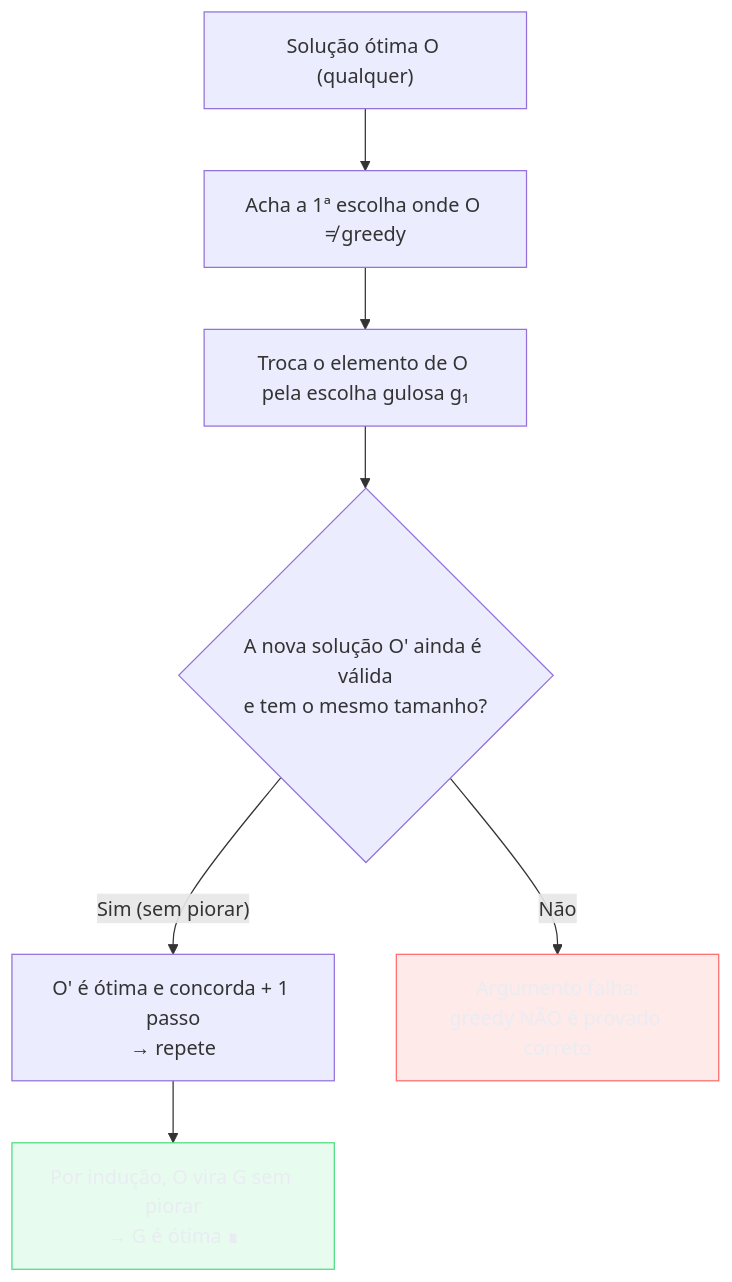
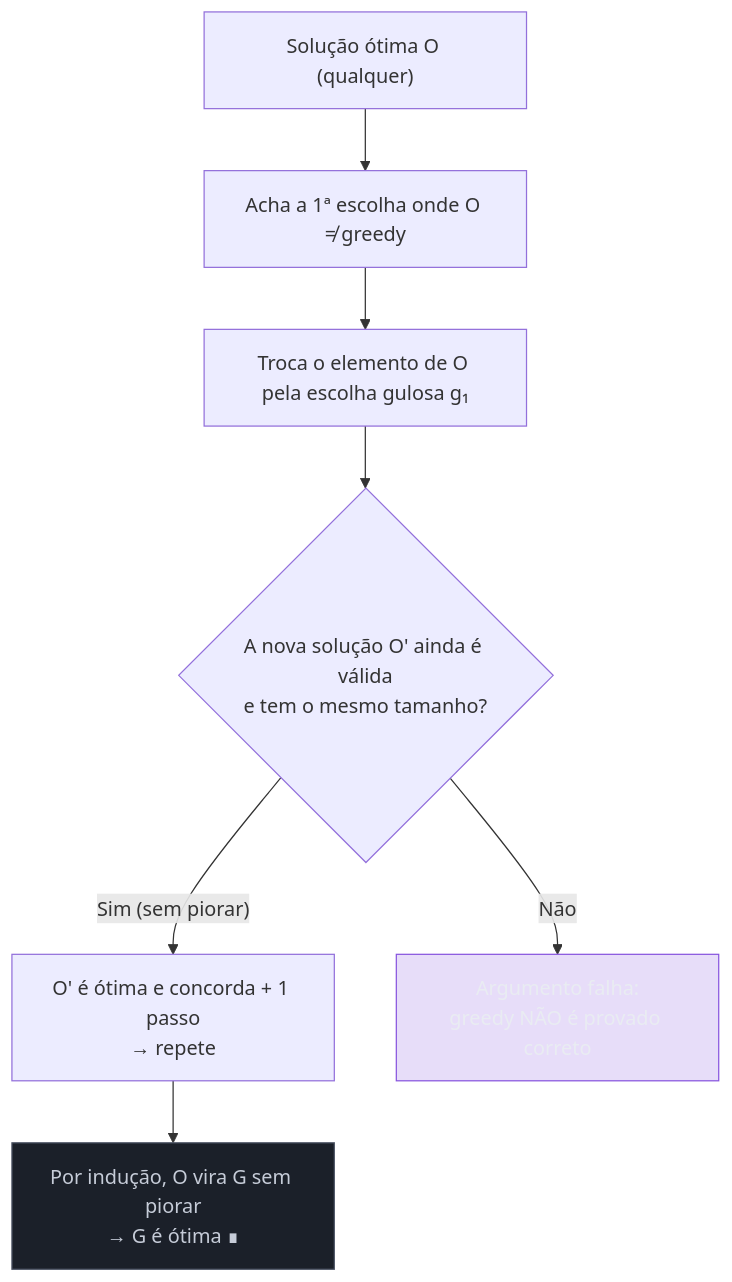
The third of 6 diagrams in 03-Dominios/Ciência/Algoritmos/11 - Greedy.md (josenaldo/codex-technomanticus), drawn with Mermaid before and after one commit. The commit also changed other lines of this file and 601 other files, not shown here.

````diff
--- a/03-Dominios/Ciência/Algoritmos/11 - Greedy.md
+++ b/03-Dominios/Ciência/Algoritmos/11 - Greedy.md
@@ -154,13 +153,13 @@
 ```mermaid
 flowchart TD
-    classDef ok fill:#4ADE8021,stroke:#4ADE80,color:#E9ECF2
-    classDef falha fill:#FF6B6B24,stroke:#FF6B6B,color:#E9ECF2
+    classDef marca fill:#8855DF33,stroke:#8855DF,color:#E9ECF2
+    classDef neutro fill:#1B2029,stroke:#4E5666,color:#C6CCD8
     Otima["Solução ótima O (qualquer)"] --> Diff["Acha a 1ª escolha onde O ≠ greedy"]
     Diff --> Troca["Troca o elemento de O pela escolha gulosa g₁"]
     Troca --> Valida{"A nova solução O' ainda é válida<br/>e tem o mesmo tamanho?"}
     Valida -- "Sim (sem piorar)" --> Repete["O' é ótima e concorda + 1 passo<br/>→ repete"]
     Valida -- Não --> Falha["Argumento falha:<br/>greedy NÃO é provado correto"]
     Repete --> Conclui["Por indução, O vira G sem piorar<br/>→ G é ótima ∎"]
-    class Conclui ok
-    class Falha falha
+    class Conclui neutro
+    class Falha marca
 ```
````
